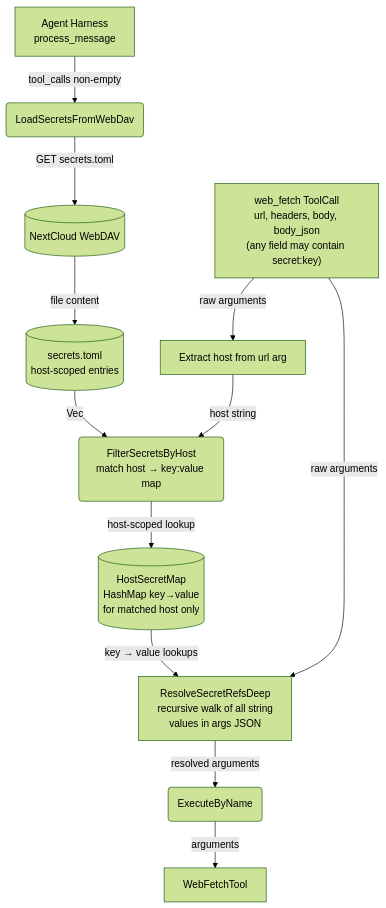
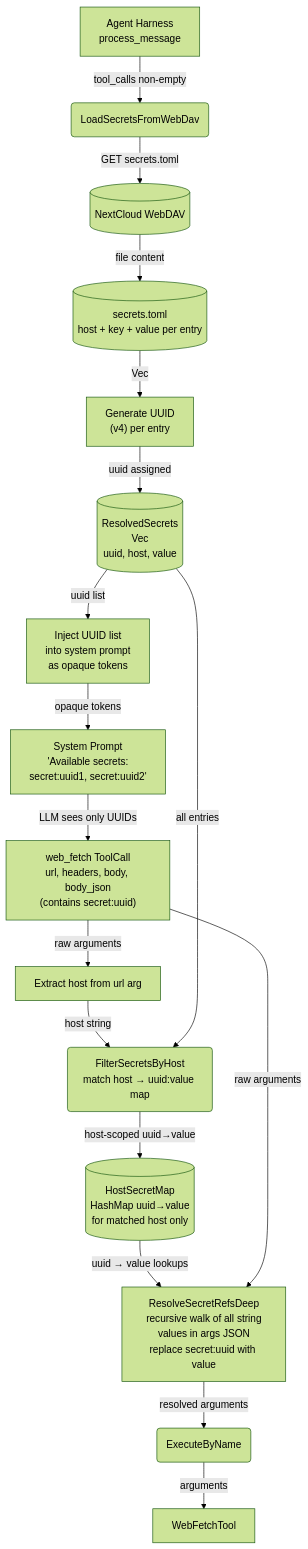
One commit to cosmoswafer/rockbot changed the first of 6 diagrams in _dfd/interception/secret-interception.md. Above: the diagram before and after it, drawn with Mermaid (forest theme). The commit also changed other lines of this file and 1 other file, not shown here.

Commit message:
docs: update prompt inventory with corrected line numbers and UUID-based secret interception DFD

````diff
--- a/_dfd/interception/secret-interception.md
+++ b/_dfd/interception/secret-interception.md
@@ -50,26 +57,35 @@
 ```mermaid
 flowchart TD
     AGENT[Agent Harness<br/>process_message]
     LOAD(LoadSecretsFromWebDav)
     DAV[(NextCloud WebDAV)]
-    TOML[(secrets.toml<br/>host-scoped entries)]
-    CALL["web_fetch ToolCall<br/>url, headers, body, body_json<br/>(any field may contain secret:key)"]
+    TOML[(secrets.toml<br/>host + key + value per entry)]
+    GEN["Generate UUID<br/>(v4) per entry"]
+    ENTRIES[(ResolvedSecrets<br/>Vec<ResolvedSecret><br/>uuid, host, value)]
+    INJECT["Inject UUID list<br/>into system prompt<br/>as opaque tokens"]
+    PROMPT[System Prompt<br/>'Available secrets:<br/>secret:uuid1, secret:uuid2']
+    CALL["web_fetch ToolCall<br/>url, headers, body, body_json<br/>(contains secret:uuid)"]
     EXTRACT_HOST[Extract host from url arg]
-    FILTER(FilterSecretsByHost<br/>match host → key:value map)
-    MAP[(HostSecretMap<br/>HashMap key→value<br/>for matched host only)]
-    RESOLVE["ResolveSecretRefsDeep<br/>recursive walk of all string<br/>values in args JSON"]
+    FILTER(FilterSecretsByHost<br/>match host → uuid:value map)
+    MAP[(HostSecretMap<br/>HashMap uuid→value<br/>for matched host only)]
+    RESOLVE["ResolveSecretRefsDeep<br/>recursive walk of all string<br/>values in args JSON<br/>replace secret:uuid with value"]
     EXEC(ExecuteByName)
     FETCH[WebFetchTool]
 
     AGENT -->|"tool_calls non-empty"| LOAD
     LOAD -->|"GET secrets.toml"| DAV
     DAV -->|"file content"| TOML
-    TOML -->|"Vec<SecretEntry>"| FILTER
+    TOML -->|"Vec<SecretEntry>"| GEN
+    GEN -->|"uuid assigned"| ENTRIES
+    ENTRIES -->|"uuid list"| INJECT
+    INJECT -->|"opaque tokens"| PROMPT
+    PROMPT -->|"LLM sees only UUIDs"| CALL
     CALL -->|"raw arguments"| EXTRACT_HOST
     EXTRACT_HOST -->|"host string"| FILTER
-    FILTER -->|"host-scoped lookup"| MAP
-    MAP -->|"key → value lookups"| RESOLVE
+    ENTRIES -->|"all entries"| FILTER
+    FILTER -->|"host-scoped uuid→value"| MAP
+    MAP -->|"uuid → value lookups"| RESOLVE
     CALL -->|"raw arguments"| RESOLVE
     RESOLVE -->|"resolved arguments"| EXEC
     EXEC -->|"arguments"| FETCH
 ```
````
